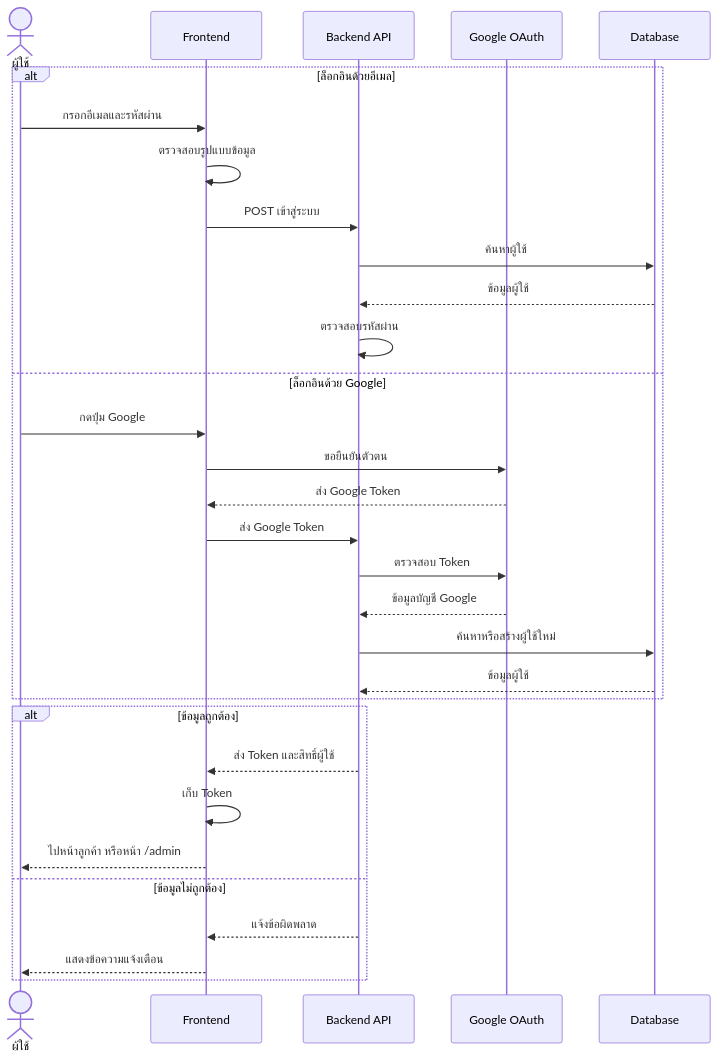
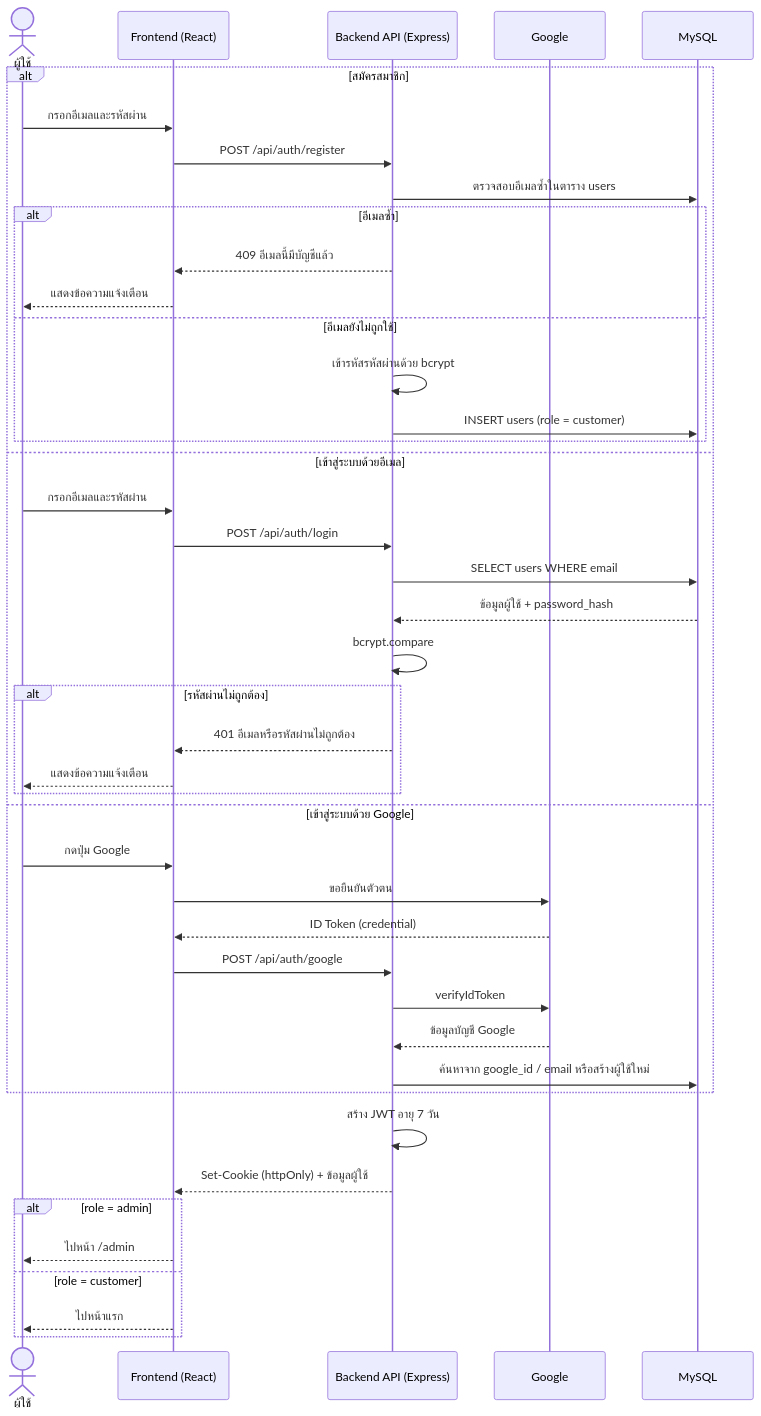
One commit to Patipan26/Group22-CarWash-Queue changed the sixth of 11 diagrams in README.md. Above: the diagram before and after it, drawn with Mermaid. The commit also changed other lines of this file, not shown here.

````diff
--- a/README.md
+++ b/README.md
@@ -769,35 +781,47 @@
 ```mermaid
 sequenceDiagram
     actor U as ผู้ใช้
-    participant FE as Frontend
-    participant BE as Backend API
-    participant G as Google OAuth
-    participant DB as Database
+    participant FE as Frontend (React)
+    participant BE as Backend API (Express)
+    participant GG as Google
+    participant DB as MySQL
 
-    alt ล็อกอินด้วยอีเมล
+    alt สมัครสมาชิก
         U->>FE: กรอกอีเมลและรหัสผ่าน
-        FE->>FE: ตรวจสอบรูปแบบข้อมูล
-        FE->>BE: POST เข้าสู่ระบบ
-        BE->>DB: ค้นหาผู้ใช้
-        DB-->>BE: ข้อมูลผู้ใช้
-        BE->>BE: ตรวจสอบรหัสผ่าน
-    else ล็อกอินด้วย Google
+        FE->>BE: POST /api/auth/register
+        BE->>DB: ตรวจสอบอีเมลซ้ำในตาราง users
+        alt อีเมลซ้ำ
+            BE-->>FE: 409 อีเมลนี้มีบัญชีแล้ว
+            FE-->>U: แสดงข้อความแจ้งเตือน
+        else อีเมลยังไม่ถูกใช้
+            BE->>BE: เข้ารหัสรหัสผ่านด้วย bcrypt
+            BE->>DB: INSERT users (role = customer)
+        end
+    else เข้าสู่ระบบด้วยอีเมล
+        U->>FE: กรอกอีเมลและรหัสผ่าน
+        FE->>BE: POST /api/auth/login
+        BE->>DB: SELECT users WHERE email
+        DB-->>BE: ข้อมูลผู้ใช้ + password_hash
+        BE->>BE: bcrypt.compare
+        alt รหัสผ่านไม่ถูกต้อง
+            BE-->>FE: 401 อีเมลหรือรหัสผ่านไม่ถูกต้อง
+            FE-->>U: แสดงข้อความแจ้งเตือน
+        end
+    else เข้าสู่ระบบด้วย Google
         U->>FE: กดปุ่ม Google
-        FE->>G: ขอยืนยันตัวตน
-        G-->>FE: ส่ง Google Token
-        FE->>BE: ส่ง Google Token
-        BE->>G: ตรวจสอบ Token
-        G-->>BE: ข้อมูลบัญชี Google
-        BE->>DB: ค้นหาหรือสร้างผู้ใช้ใหม่
-        DB-->>BE: ข้อมูลผู้ใช้
+        FE->>GG: ขอยืนยันตัวตน
+        GG-->>FE: ID Token (credential)
+        FE->>BE: POST /api/auth/google
+        BE->>GG: verifyIdToken
+        GG-->>BE: ข้อมูลบัญชี Google
+        BE->>DB: ค้นหาจาก google_id / email หรือสร้างผู้ใช้ใหม่
     end
 
-    alt ข้อมูลถูกต้อง
-        BE-->>FE: ส่ง Token และสิทธิ์ผู้ใช้
-        FE->>FE: เก็บ Token
-        FE-->>U: ไปหน้าลูกค้า หรือหน้า /admin
-    else ข้อมูลไม่ถูกต้อง
-        BE-->>FE: แจ้งข้อผิดพลาด
-        FE-->>U: แสดงข้อความแจ้งเตือน
+    BE->>BE: สร้าง JWT อายุ 7 วัน
+    BE-->>FE: Set-Cookie (httpOnly) + ข้อมูลผู้ใช้
+    alt role = admin
+        FE-->>U: ไปหน้า /admin
+    else role = customer
+        FE-->>U: ไปหน้าแรก
     end
 ```
````
